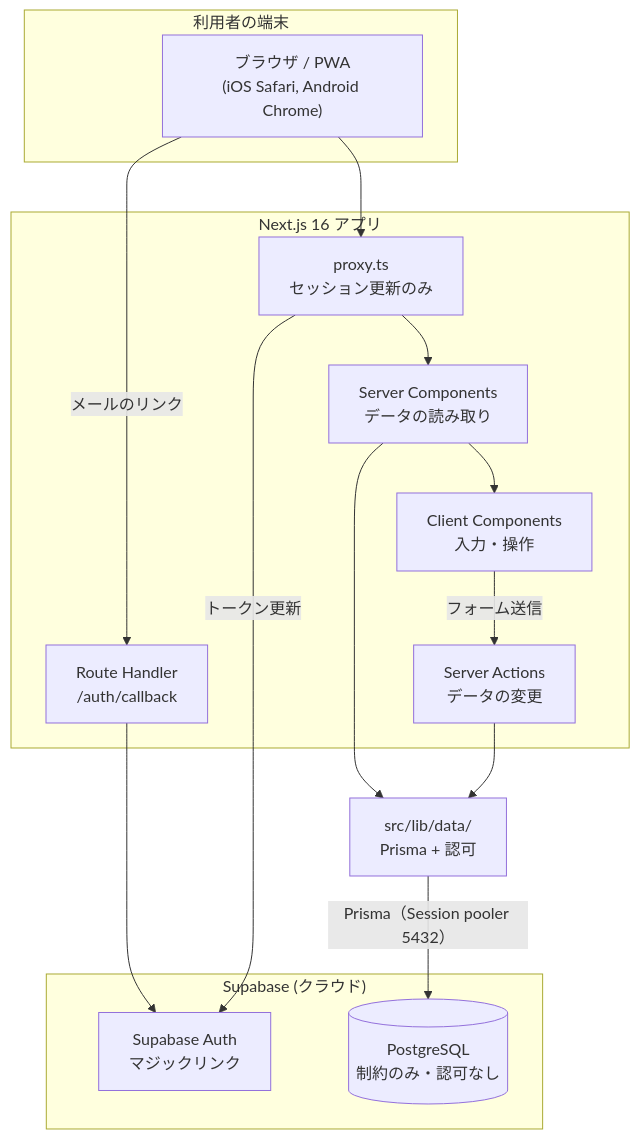
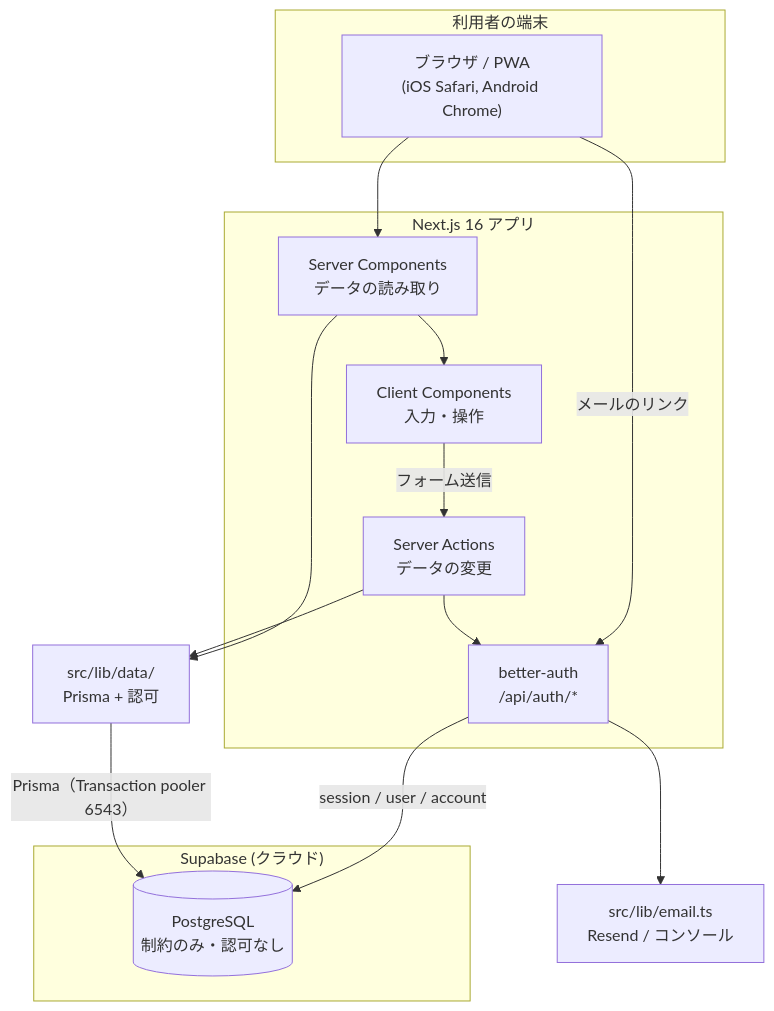
The first of 6 diagrams in docs/02-design/architecture.md (arize-matsuda/monely), drawn with Mermaid before and after one commit. The commit also changed other lines of this file and 32 other files, not shown here.

First line of the commit message:
認証基盤を Supabase Auth から better-auth に移行（ADR-0007）

````diff
--- a/docs/02-design/architecture.md
+++ b/docs/02-design/architecture.md
@@ -11,31 +11,31 @@
 ```mermaid
 flowchart TB
     subgraph Device["利用者の端末"]
         Browser["ブラウザ / PWA<br/>(iOS Safari, Android Chrome)"]
     end
 
     subgraph NextApp["Next.js 16 アプリ"]
-        Proxy["proxy.ts<br/>セッション更新のみ"]
+        BA["better-auth<br/>/api/auth/*"]
         SC["Server Components<br/>データの読み取り"]
         SA["Server Actions<br/>データの変更"]
-        RH["Route Handler<br/>/auth/callback"]
+
         CC["Client Components<br/>入力・操作"]
     end
 
     subgraph Supabase["Supabase (クラウド)"]
-        Auth["Supabase Auth<br/>マジックリンク"]
         PG[("PostgreSQL<br/>制約のみ・認可なし")]
     end
     DAL["src/lib/data/<br/>Prisma + 認可"]
+    Mail["src/lib/email.ts<br/>Resend / コンソール"]
 
-    Browser --> Proxy
-    Proxy --> SC
+    Browser --> SC
     SC --> CC
     CC -- "フォーム送信" --> SA
-    Browser -- "メールのリンク" --> RH
-    RH --> Auth
+    Browser -- "メールのリンク" --> BA
+    SA --> BA
+    BA -- "session / user / account" --> PG
+    BA --> Mail
     SC --> DAL
     SA --> DAL
-    DAL -- "Prisma（Session pooler 5432）" --> PG
-    Proxy -- "トークン更新" --> Auth
+    DAL -- "Prisma（Transaction pooler 6543）" --> PG
 ```
````
